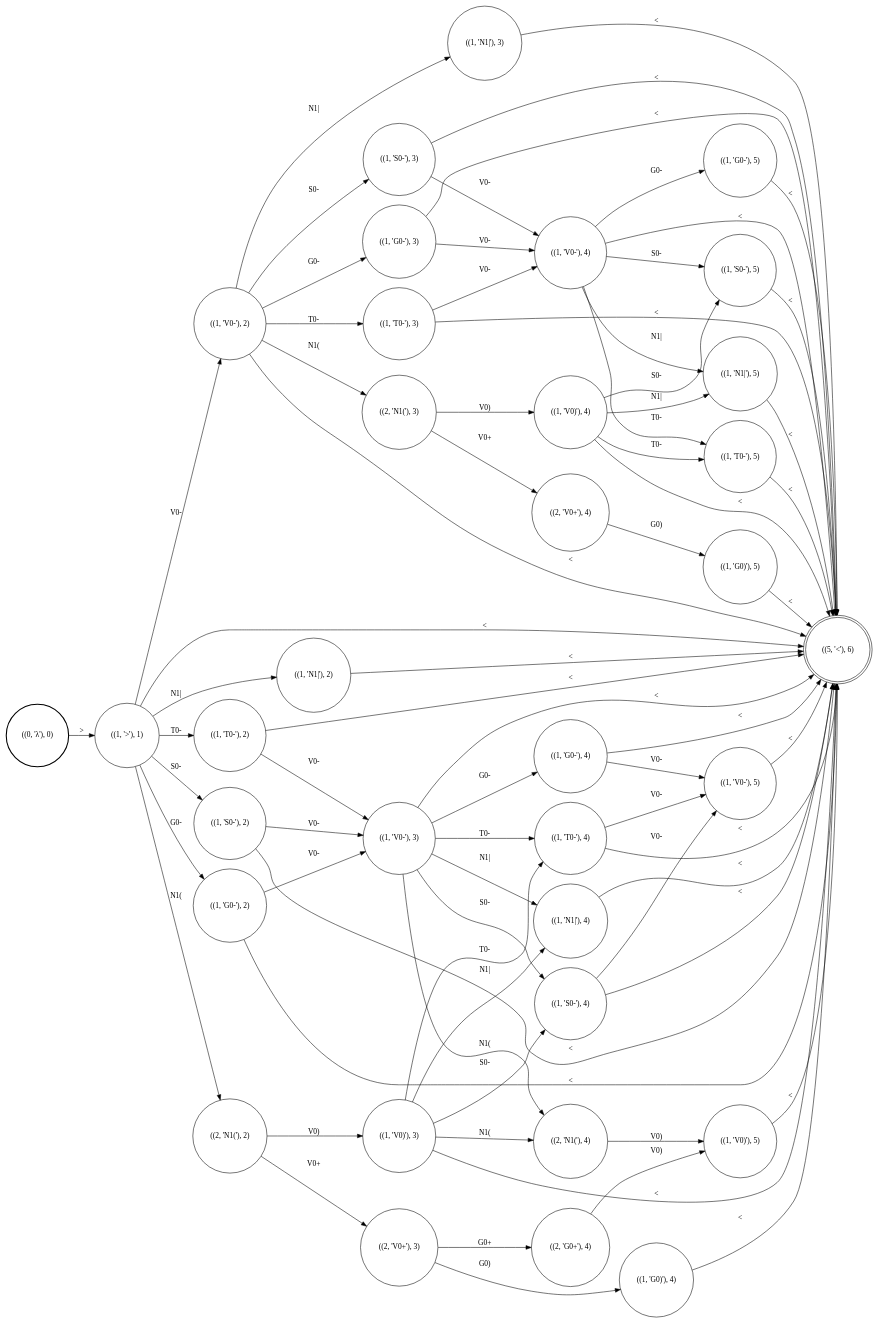
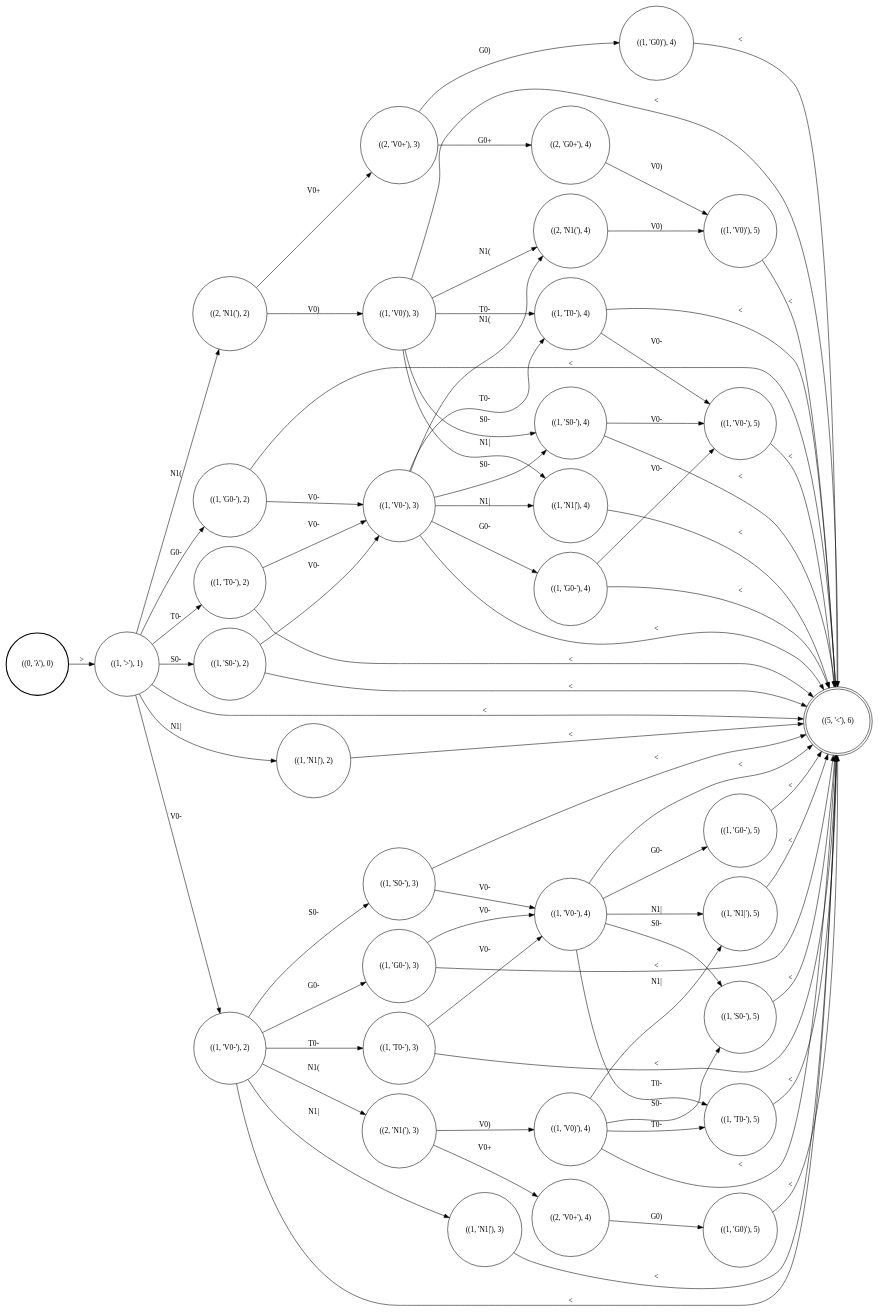
One commit to colincwilson/statgram changed the diagram in demo/nasal_spreading/Output_nasal.dot. Above: the diagram before and after it, drawn with Graphviz. The commit also changed 9 other files, not shown here.

```diff
--- a/demo/nasal_spreading/Output_nasal.dot
+++ b/demo/nasal_spreading/Output_nasal.dot
@@ -1,110 +1,110 @@
 digraph G {
 rankdir=LR;
 node [shape=circle]
-0 [label="((2, 'N1('), 3)"]
-1 [label="((1, 'G0-'), 5)"]
-2 [label="((1, 'V0-'), 2)"]
-3 [label="((1, '>'), 1)"]
-4 [label="((1, 'T0-'), 2)"]
-5 [label="((2, 'G0+'), 4)"]
-6 [shape=doublecircle label="((5, '<'), 6)"]
-7 [label="((1, 'N1|'), 2)"]
-8 [label="((1, 'G0-'), 4)"]
-9 [label="((1, 'V0-'), 3)"]
-10 [label="((1, 'S0-'), 2)"]
-11 [label="((2, 'N1('), 4)"]
-12 [label="((1, 'V0-'), 4)"]
-13 [label="((1, 'G0)'), 4)"]
-14 [label="((1, 'V0)'), 5)"]
-15 [label="((1, 'T0-'), 5)"]
-16 [label="((1, 'N1|'), 3)"]
-17 [label="((2, 'V0+'), 3)"]
-18 [label="((1, 'S0-'), 3)"]
-19 [style=bold label="((0, 'λ'), 0)"]
-20 [label="((1, 'V0-'), 5)"]
-21 [label="((1, 'G0)'), 5)"]
-22 [label="((1, 'S0-'), 4)"]
+0 [label="((1, 'N1|'), 3)"]
+1 [label="((2, 'V0+'), 3)"]
+2 [label="((1, 'V0-'), 3)"]
+3 [label="((1, 'G0-'), 2)"]
+4 [label="((2, 'N1('), 2)"]
+5 [label="((1, '>'), 1)"]
+6 [label="((1, 'S0-'), 4)"]
+7 [label="((1, 'T0-'), 2)"]
+8 [label="((1, 'N1|'), 4)"]
+9 [label="((1, 'V0-'), 4)"]
+10 [label="((1, 'V0)'), 3)"]
+11 [shape=doublecircle label="((5, '<'), 6)"]
+12 [label="((1, 'S0-'), 3)"]
+13 [label="((1, 'N1|'), 5)"]
+14 [label="((1, 'G0-'), 5)"]
+15 [label="((1, 'V0-'), 5)"]
+16 [label="((1, 'T0-'), 5)"]
+17 [label="((2, 'V0+'), 4)"]
+18 [label="((1, 'G0)'), 4)"]
+19 [label="((1, 'S0-'), 2)"]
+20 [label="((1, 'V0)'), 5)"]
+21 [label="((2, 'N1('), 4)"]
+22 [label="((1, 'G0-'), 4)"]
 23 [label="((1, 'T0-'), 4)"]
-24 [label="((1, 'V0)'), 4)"]
-25 [label="((1, 'G0-'), 3)"]
-26 [label="((1, 'N1|'), 4)"]
-27 [label="((2, 'N1('), 2)"]
-28 [label="((2, 'V0+'), 4)"]
-29 [label="((1, 'S0-'), 5)"]
-30 [label="((1, 'V0)'), 3)"]
-31 [label="((1, 'G0-'), 2)"]
-32 [label="((1, 'N1|'), 5)"]
+24 [label="((1, 'N1|'), 2)"]
+25 [label="((1, 'V0-'), 2)"]
+26 [label="((1, 'G0)'), 5)"]
+27 [label="((1, 'G0-'), 3)"]
+28 [label="((1, 'V0)'), 4)"]
+29 [label="((2, 'N1('), 3)"]
+30 [style=bold label="((0, 'λ'), 0)"]
+31 [label="((2, 'G0+'), 4)"]
+32 [label="((1, 'S0-'), 5)"]
 33 [label="((1, 'T0-'), 3)"]
-12 -> 32 [label="N1|"]
-9 -> 23 [label="T0-"]
-12 -> 1 [label="G0-"]
-9 -> 26 [label="N1|"]
-12 -> 6 [label="<"]
-9 -> 8 [label="G0-"]
-9 -> 6 [label="<"]
-19 -> 3 [label=">"]
-12 -> 29 [label="S0-"]
-9 -> 11 [label="N1("]
-3 -> 7 [label="N1|"]
-22 -> 20 [label="V0-"]
-9 -> 22 [label="S0-"]
-3 -> 4 [label="T0-"]
-22 -> 6 [label="<"]
-18 -> 12 [label="V0-"]
-3 -> 31 [label="G0-"]
-23 -> 6 [label="<"]
-18 -> 6 [label="<"]
-3 -> 6 [label="<"]
-23 -> 20 [label="V0-"]
-0 -> 28 [label="V0+"]
-30 -> 26 [label="N1|"]
-3 -> 27 [label="N1("]
-13 -> 6 [label="<"]
-30 -> 6 [label="<"]
-3 -> 10 [label="S0-"]
-26 -> 6 [label="<"]
-30 -> 11 [label="N1("]
+25 -> 11 [label="<"]
+21 -> 20 [label="V0)"]
+25 -> 33 [label="T0-"]
+9 -> 32 [label="S0-"]
+25 -> 27 [label="G0-"]
+3 -> 11 [label="<"]
+9 -> 13 [label="N1|"]
 3 -> 2 [label="V0-"]
-1 -> 6 [label="<"]
-30 -> 22 [label="S0-"]
-4 -> 6 [label="<"]
-15 -> 6 [label="<"]
-30 -> 23 [label="T0-"]
-4 -> 9 [label="V0-"]
-29 -> 6 [label="<"]
-33 -> 6 [label="<"]
-7 -> 6 [label="<"]
-20 -> 6 [label="<"]
-33 -> 12 [label="V0-"]
-27 -> 30 [label="V0)"]
-21 -> 6 [label="<"]
-25 -> 12 [label="V0-"]
-27 -> 17 [label="V0+"]
-32 -> 6 [label="<"]
-25 -> 6 [label="<"]
-2 -> 33 [label="T0-"]
-14 -> 6 [label="<"]
-5 -> 14 [label="V0)"]
-2 -> 16 [label="N1|"]
-2 -> 25 [label="G0-"]
-24 -> 32 [label="N1|"]
-2 -> 6 [label="<"]
-24 -> 6 [label="<"]
-2 -> 0 [label="N1("]
-2 -> 18 [label="S0-"]
-24 -> 29 [label="S0-"]
-10 -> 9 [label="V0-"]
-24 -> 15 [label="T0-"]
-10 -> 6 [label="<"]
-8 -> 20 [label="V0-"]
-31 -> 9 [label="V0-"]
-8 -> 6 [label="<"]
-31 -> 6 [label="<"]
-16 -> 6 [label="<"]
-28 -> 21 [label="G0)"]
-17 -> 5 [label="G0+"]
-11 -> 14 [label="V0)"]
-17 -> 13 [label="G0)"]
-0 -> 24 [label="V0)"]
-12 -> 15 [label="T0-"]
+9 -> 11 [label="<"]
+0 -> 11 [label="<"]
+9 -> 16 [label="T0-"]
+1 -> 18 [label="G0)"]
+9 -> 14 [label="G0-"]
+1 -> 31 [label="G0+"]
+17 -> 26 [label="G0)"]
+12 -> 11 [label="<"]
+12 -> 9 [label="V0-"]
+6 -> 11 [label="<"]
+2 -> 6 [label="S0-"]
+6 -> 15 [label="V0-"]
+2 -> 21 [label="N1("]
+18 -> 11 [label="<"]
+2 -> 8 [label="N1|"]
+28 -> 32 [label="S0-"]
+2 -> 11 [label="<"]
+30 -> 5 [label=">"]
+28 -> 11 [label="<"]
+2 -> 23 [label="T0-"]
+5 -> 24 [label="N1|"]
+2 -> 22 [label="G0-"]
+5 -> 11 [label="<"]
+28 -> 13 [label="N1|"]
+10 -> 6 [label="S0-"]
+5 -> 25 [label="V0-"]
+28 -> 16 [label="T0-"]
+10 -> 11 [label="<"]
+5 -> 3 [label="G0-"]
+31 -> 20 [label="V0)"]
+10 -> 21 [label="N1("]
+5 -> 19 [label="S0-"]
+10 -> 8 [label="N1|"]
+5 -> 7 [label="T0-"]
+8 -> 11 [label="<"]
+10 -> 23 [label="T0-"]
+5 -> 4 [label="N1("]
+14 -> 11 [label="<"]
+27 -> 11 [label="<"]
+23 -> 15 [label="V0-"]
+19 -> 11 [label="<"]
+15 -> 11 [label="<"]
+27 -> 9 [label="V0-"]
+19 -> 2 [label="V0-"]
+16 -> 11 [label="<"]
+29 -> 17 [label="V0+"]
+24 -> 11 [label="<"]
+26 -> 11 [label="<"]
+29 -> 28 [label="V0)"]
+4 -> 1 [label="V0+"]
+20 -> 11 [label="<"]
+33 -> 11 [label="<"]
+4 -> 10 [label="V0)"]
+13 -> 11 [label="<"]
+33 -> 9 [label="V0-"]
+7 -> 11 [label="<"]
+32 -> 11 [label="<"]
+22 -> 11 [label="<"]
+7 -> 2 [label="V0-"]
+22 -> 15 [label="V0-"]
+25 -> 12 [label="S0-"]
+23 -> 11 [label="<"]
+25 -> 29 [label="N1("]
+25 -> 0 [label="N1|"]
 }
```
